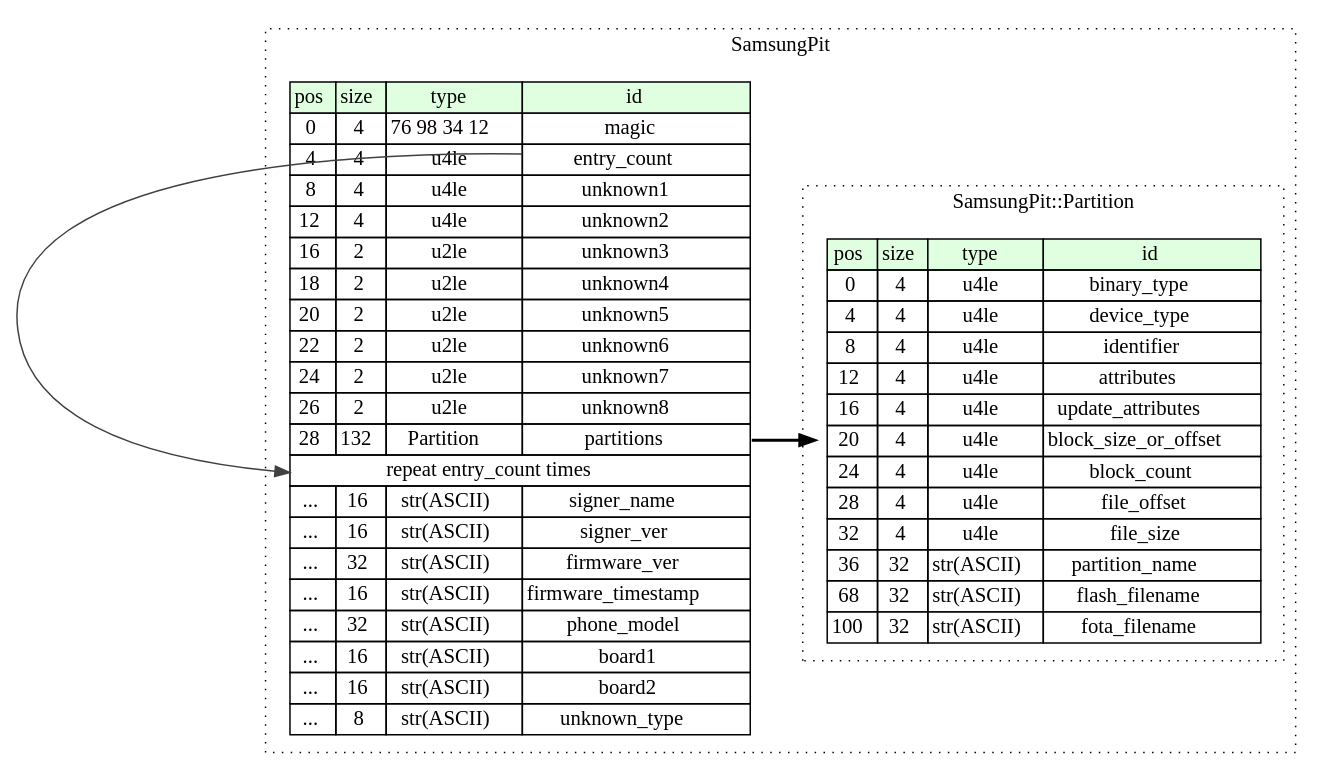
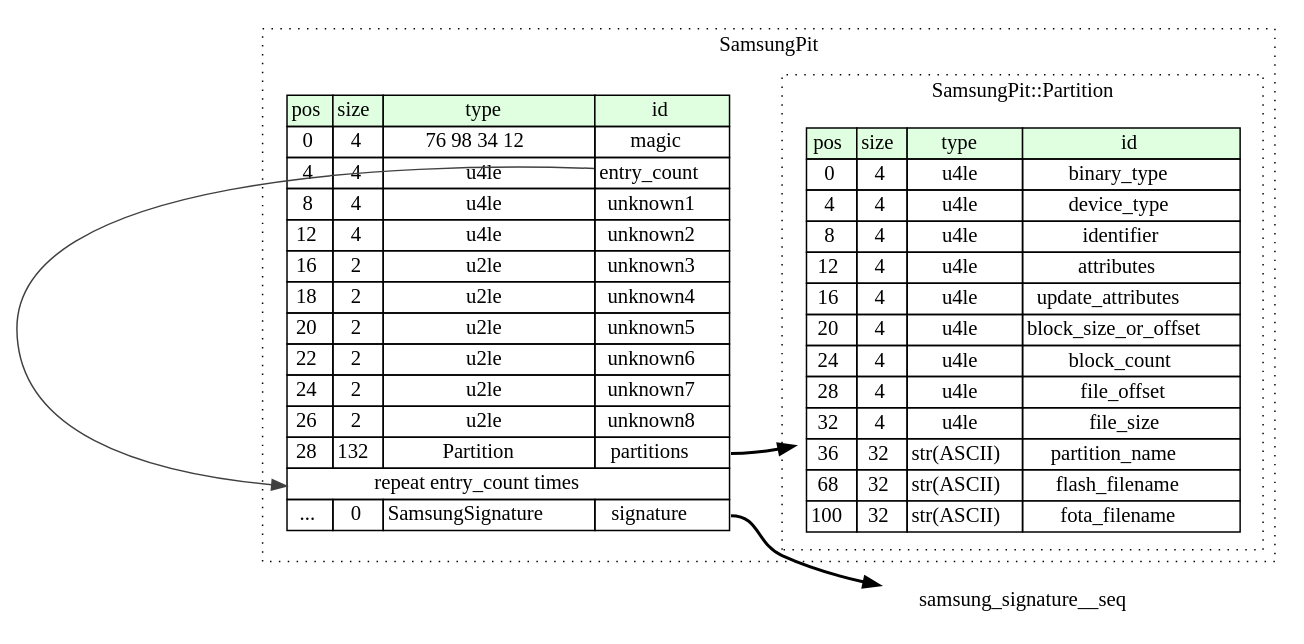
One commit to CruelKernel/samsung_pit changed the diagram in samsung_pit.dot. Above: the diagram before and after it, drawn with Graphviz. The commit also changed 4 other files, not shown here.

```diff
--- a/samsung_pit.dot
+++ b/samsung_pit.dot
@@ -1,54 +1,48 @@
 digraph {
 	rankdir=LR;
 	node [shape=plaintext];
 	subgraph cluster__samsung_pit {
 		label="SamsungPit";
 		graph[style=dotted];
 
 		samsung_pit__seq [label=<<TABLE BORDER="0" CELLBORDER="1" CELLSPACING="0">
 			<TR><TD BGCOLOR="#E0FFE0">pos</TD><TD BGCOLOR="#E0FFE0">size</TD><TD BGCOLOR="#E0FFE0">type</TD><TD BGCOLOR="#E0FFE0">id</TD></TR>
 			<TR><TD PORT="magic_pos">0</TD><TD PORT="magic_size">4</TD><TD>76 98 34 12</TD><TD PORT="magic_type">magic</TD></TR>
 			<TR><TD PORT="entry_count_pos">4</TD><TD PORT="entry_count_size">4</TD><TD>u4le</TD><TD PORT="entry_count_type">entry_count</TD></TR>
 			<TR><TD PORT="unknown1_pos">8</TD><TD PORT="unknown1_size">4</TD><TD>u4le</TD><TD PORT="unknown1_type">unknown1</TD></TR>
 			<TR><TD PORT="unknown2_pos">12</TD><TD PORT="unknown2_size">4</TD><TD>u4le</TD><TD PORT="unknown2_type">unknown2</TD></TR>
 			<TR><TD PORT="unknown3_pos">16</TD><TD PORT="unknown3_size">2</TD><TD>u2le</TD><TD PORT="unknown3_type">unknown3</TD></TR>
 			<TR><TD PORT="unknown4_pos">18</TD><TD PORT="unknown4_size">2</TD><TD>u2le</TD><TD PORT="unknown4_type">unknown4</TD></TR>
 			<TR><TD PORT="unknown5_pos">20</TD><TD PORT="unknown5_size">2</TD><TD>u2le</TD><TD PORT="unknown5_type">unknown5</TD></TR>
 			<TR><TD PORT="unknown6_pos">22</TD><TD PORT="unknown6_size">2</TD><TD>u2le</TD><TD PORT="unknown6_type">unknown6</TD></TR>
 			<TR><TD PORT="unknown7_pos">24</TD><TD PORT="unknown7_size">2</TD><TD>u2le</TD><TD PORT="unknown7_type">unknown7</TD></TR>
 			<TR><TD PORT="unknown8_pos">26</TD><TD PORT="unknown8_size">2</TD><TD>u2le</TD><TD PORT="unknown8_type">unknown8</TD></TR>
 			<TR><TD PORT="partitions_pos">28</TD><TD PORT="partitions_size">132</TD><TD>Partition</TD><TD PORT="partitions_type">partitions</TD></TR>
 			<TR><TD COLSPAN="4" PORT="partitions__repeat">repeat entry_count times</TD></TR>
-			<TR><TD PORT="signer_name_pos">...</TD><TD PORT="signer_name_size">16</TD><TD>str(ASCII)</TD><TD PORT="signer_name_type">signer_name</TD></TR>
-			<TR><TD PORT="signer_ver_pos">...</TD><TD PORT="signer_ver_size">16</TD><TD>str(ASCII)</TD><TD PORT="signer_ver_type">signer_ver</TD></TR>
-			<TR><TD PORT="firmware_ver_pos">...</TD><TD PORT="firmware_ver_size">32</TD><TD>str(ASCII)</TD><TD PORT="firmware_ver_type">firmware_ver</TD></TR>
-			<TR><TD PORT="firmware_timestamp_pos">...</TD><TD PORT="firmware_timestamp_size">16</TD><TD>str(ASCII)</TD><TD PORT="firmware_timestamp_type">firmware_timestamp</TD></TR>
-			<TR><TD PORT="phone_model_pos">...</TD><TD PORT="phone_model_size">32</TD><TD>str(ASCII)</TD><TD PORT="phone_model_type">phone_model</TD></TR>
-			<TR><TD PORT="board1_pos">...</TD><TD PORT="board1_size">16</TD><TD>str(ASCII)</TD><TD PORT="board1_type">board1</TD></TR>
-			<TR><TD PORT="board2_pos">...</TD><TD PORT="board2_size">16</TD><TD>str(ASCII)</TD><TD PORT="board2_type">board2</TD></TR>
-			<TR><TD PORT="unknown_type_pos">...</TD><TD PORT="unknown_type_size">8</TD><TD>str(ASCII)</TD><TD PORT="unknown_type_type">unknown_type</TD></TR>
+			<TR><TD PORT="signature_pos">...</TD><TD PORT="signature_size">0</TD><TD>SamsungSignature</TD><TD PORT="signature_type">signature</TD></TR>
 		</TABLE>>];
 		subgraph cluster__partition {
 			label="SamsungPit::Partition";
 			graph[style=dotted];
 
 			partition__seq [label=<<TABLE BORDER="0" CELLBORDER="1" CELLSPACING="0">
 				<TR><TD BGCOLOR="#E0FFE0">pos</TD><TD BGCOLOR="#E0FFE0">size</TD><TD BGCOLOR="#E0FFE0">type</TD><TD BGCOLOR="#E0FFE0">id</TD></TR>
 				<TR><TD PORT="binary_type_pos">0</TD><TD PORT="binary_type_size">4</TD><TD>u4le</TD><TD PORT="binary_type_type">binary_type</TD></TR>
 				<TR><TD PORT="device_type_pos">4</TD><TD PORT="device_type_size">4</TD><TD>u4le</TD><TD PORT="device_type_type">device_type</TD></TR>
 				<TR><TD PORT="identifier_pos">8</TD><TD PORT="identifier_size">4</TD><TD>u4le</TD><TD PORT="identifier_type">identifier</TD></TR>
 				<TR><TD PORT="attributes_pos">12</TD><TD PORT="attributes_size">4</TD><TD>u4le</TD><TD PORT="attributes_type">attributes</TD></TR>
 				<TR><TD PORT="update_attributes_pos">16</TD><TD PORT="update_attributes_size">4</TD><TD>u4le</TD><TD PORT="update_attributes_type">update_attributes</TD></TR>
 				<TR><TD PORT="block_size_or_offset_pos">20</TD><TD PORT="block_size_or_offset_size">4</TD><TD>u4le</TD><TD PORT="block_size_or_offset_type">block_size_or_offset</TD></TR>
 				<TR><TD PORT="block_count_pos">24</TD><TD PORT="block_count_size">4</TD><TD>u4le</TD><TD PORT="block_count_type">block_count</TD></TR>
 				<TR><TD PORT="file_offset_pos">28</TD><TD PORT="file_offset_size">4</TD><TD>u4le</TD><TD PORT="file_offset_type">file_offset</TD></TR>
 				<TR><TD PORT="file_size_pos">32</TD><TD PORT="file_size_size">4</TD><TD>u4le</TD><TD PORT="file_size_type">file_size</TD></TR>
 				<TR><TD PORT="partition_name_pos">36</TD><TD PORT="partition_name_size">32</TD><TD>str(ASCII)</TD><TD PORT="partition_name_type">partition_name</TD></TR>
 				<TR><TD PORT="flash_filename_pos">68</TD><TD PORT="flash_filename_size">32</TD><TD>str(ASCII)</TD><TD PORT="flash_filename_type">flash_filename</TD></TR>
 				<TR><TD PORT="fota_filename_pos">100</TD><TD PORT="fota_filename_size">32</TD><TD>str(ASCII)</TD><TD PORT="fota_filename_type">fota_filename</TD></TR>
 			</TABLE>>];
 		}
 	}
 	samsung_pit__seq:partitions_type -> partition__seq [style=bold];
 	samsung_pit__seq:entry_count_type -> samsung_pit__seq:partitions__repeat [color="#404040"];
+	samsung_pit__seq:signature_type -> samsung_signature__seq [style=bold];
 }
```
